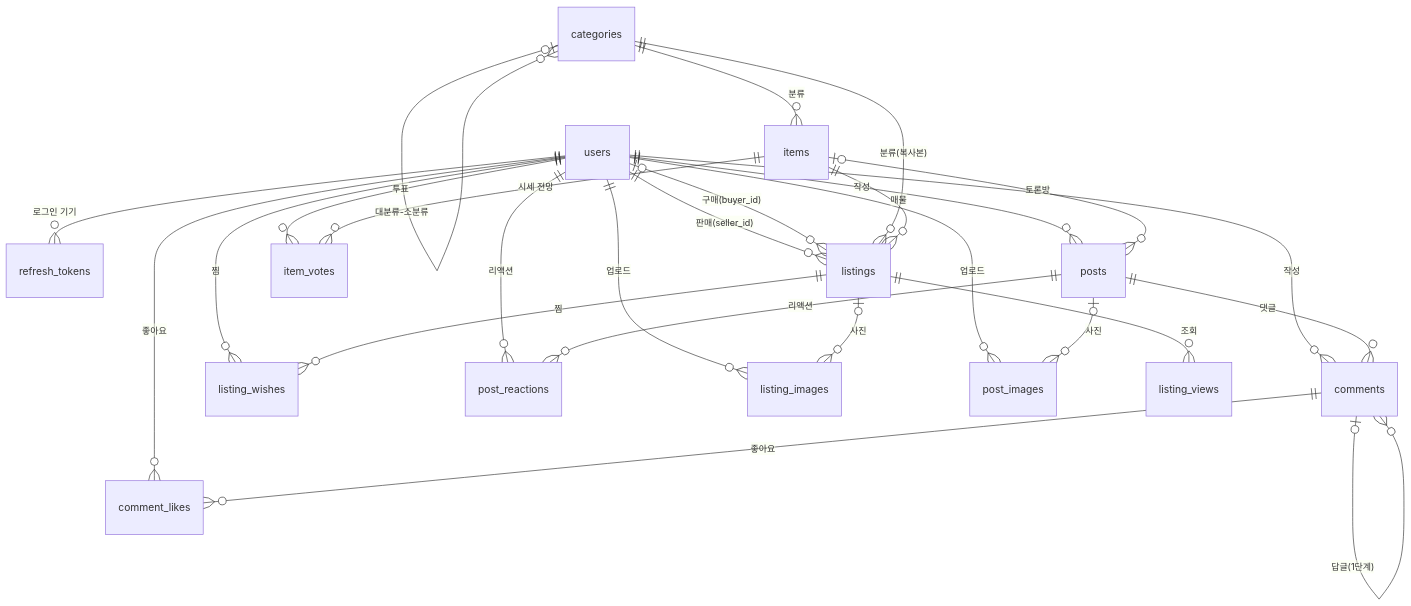
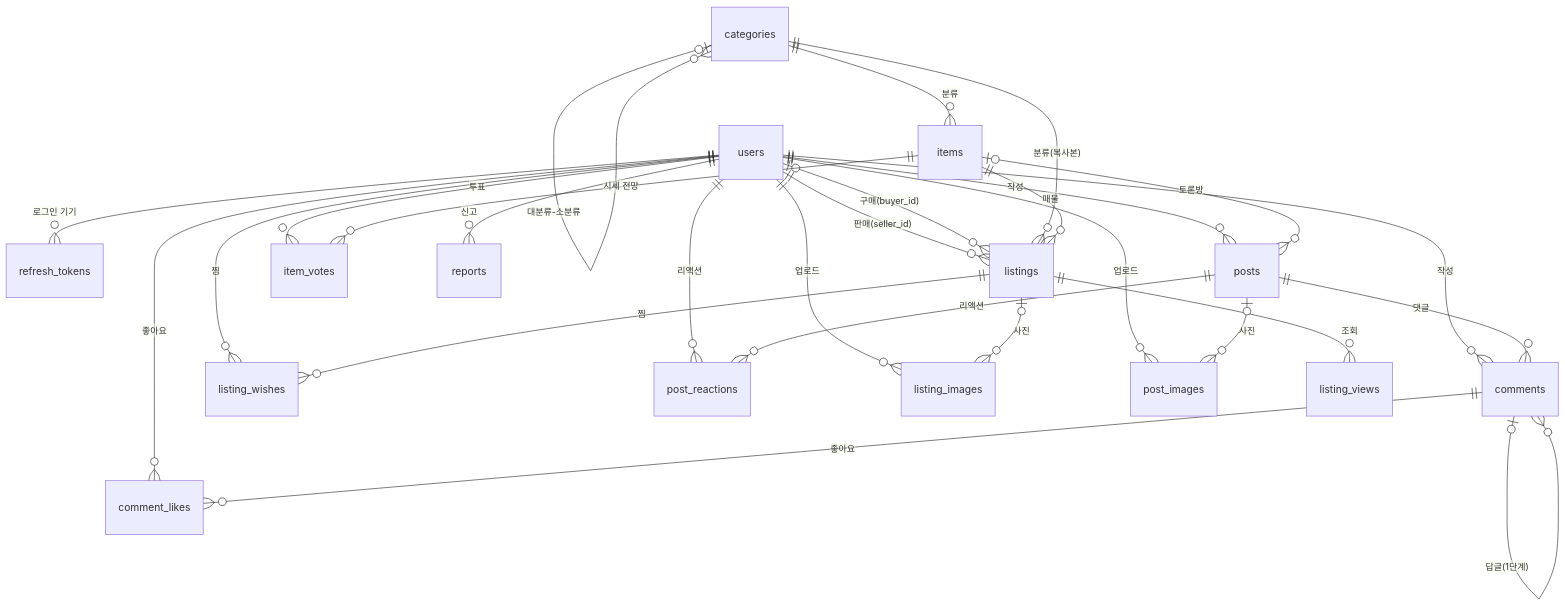
One commit to likelion-backendschool-11st/basic-project-4team changed the diagram in backend/docs/erd.md. Above: the diagram before and after it, drawn with Mermaid. The commit also changed other lines of this file and 19 other files, not shown here.

````diff
--- a/backend/docs/erd.md
+++ b/backend/docs/erd.md
@@ -44,32 +44,33 @@
 ```mermaid
 erDiagram
     users ||--o{ refresh_tokens : "로그인 기기"
     users ||--o{ listings : "판매(seller_id)"
     users |o--o{ listings : "구매(buyer_id)"
     users ||--o{ posts : "작성"
     users ||--o{ comments : "작성"
     users ||--o{ listing_wishes : "찜"
     users ||--o{ post_reactions : "리액션"
     users ||--o{ comment_likes : "좋아요"
     users ||--o{ item_votes : "투표"
+    users ||--o{ reports : "신고"
     users ||--o{ listing_images : "업로드"
     users ||--o{ post_images : "업로드"
 
     categories |o--o{ categories : "대분류-소분류"
     categories ||--o{ items : "분류"
     categories ||--o{ listings : "분류(복사본)"
 
     items ||--o{ listings : "매물"
     items |o--o{ posts : "토론방"
     items ||--o{ item_votes : "시세 전망"
 
     listings |o--o{ listing_images : "사진"
     listings ||--o{ listing_wishes : "찜"
     listings ||--o{ listing_views : "조회"
 
     posts |o--o{ post_images : "사진"
     posts ||--o{ post_reactions : "리액션"
     posts ||--o{ comments : "댓글"
     comments |o--o{ comments : "답글(1단계)"
     comments ||--o{ comment_likes : "좋아요"
 ```
````
